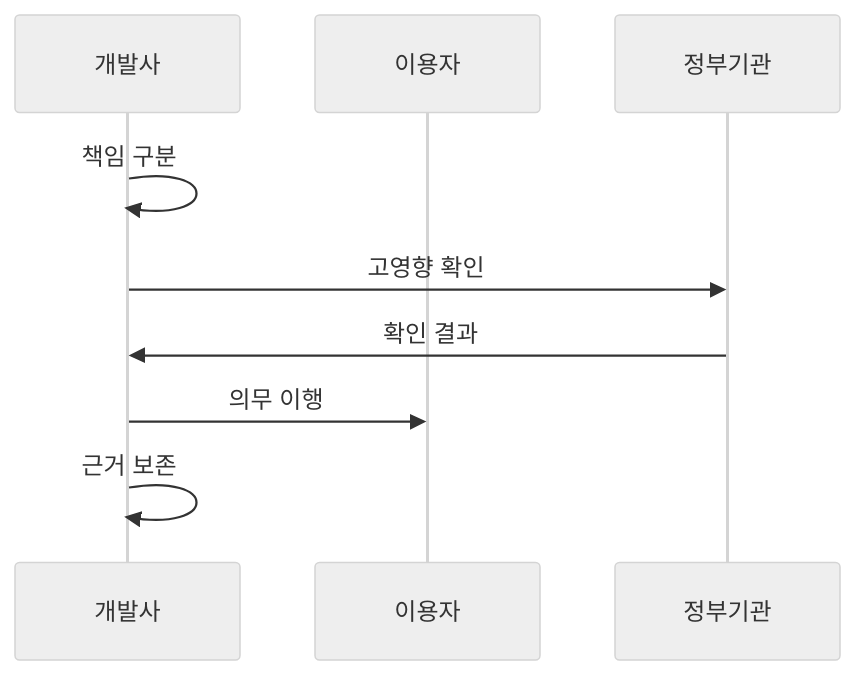
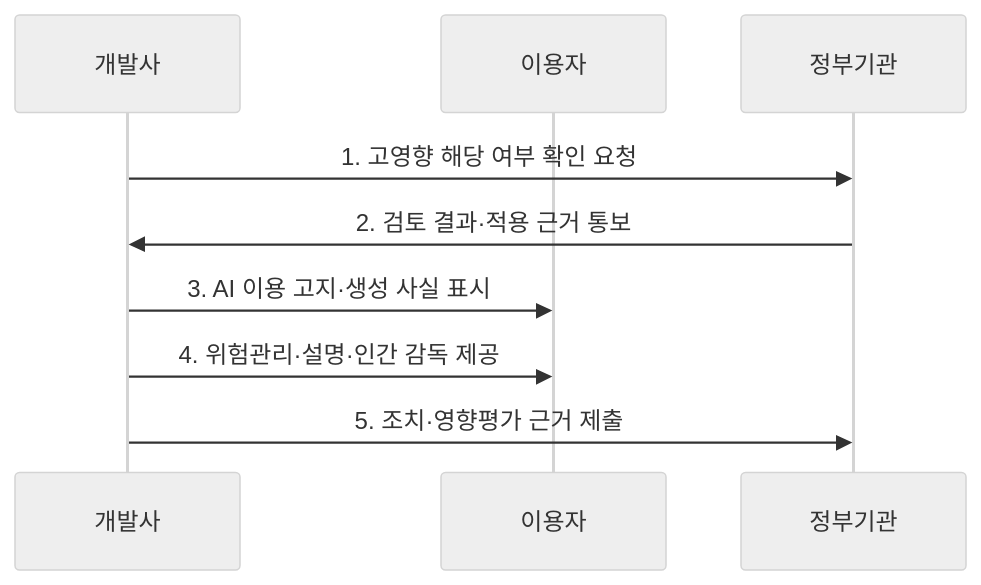
The second of 2 diagrams in src/content/docs/notes/07-law-policy/028_ai_basic_act.md (agnusdei1207/knowledge-base), drawn with Mermaid (neutral theme) before and after one commit. The commit also changed other lines of this file and 9 other files, not shown here.

````diff
--- a/src/content/docs/notes/07-law-policy/028_ai_basic_act.md
+++ b/src/content/docs/notes/07-law-policy/028_ai_basic_act.md
@@ -78,11 +78,11 @@
 ```mermaid
 sequenceDiagram
     participant 개발사
     participant 이용자
     participant 정부기관
-    개발사->>개발사: 책임 구분
-    개발사->>정부기관: 고영향 확인
-    정부기관->>개발사: 확인 결과
-    개발사->>이용자: 의무 이행
-    개발사->>개발사: 근거 보존
+    개발사->>정부기관: 1. 고영향 해당 여부 확인 요청
+    정부기관->>개발사: 2. 검토 결과·적용 근거 통보
+    개발사->>이용자: 3. AI 이용 고지·생성 사실 표시
+    개발사->>이용자: 4. 위험관리·설명·인간 감독 제공
+    개발사->>정부기관: 5. 조치·영향평가 근거 제출
 ```
````
